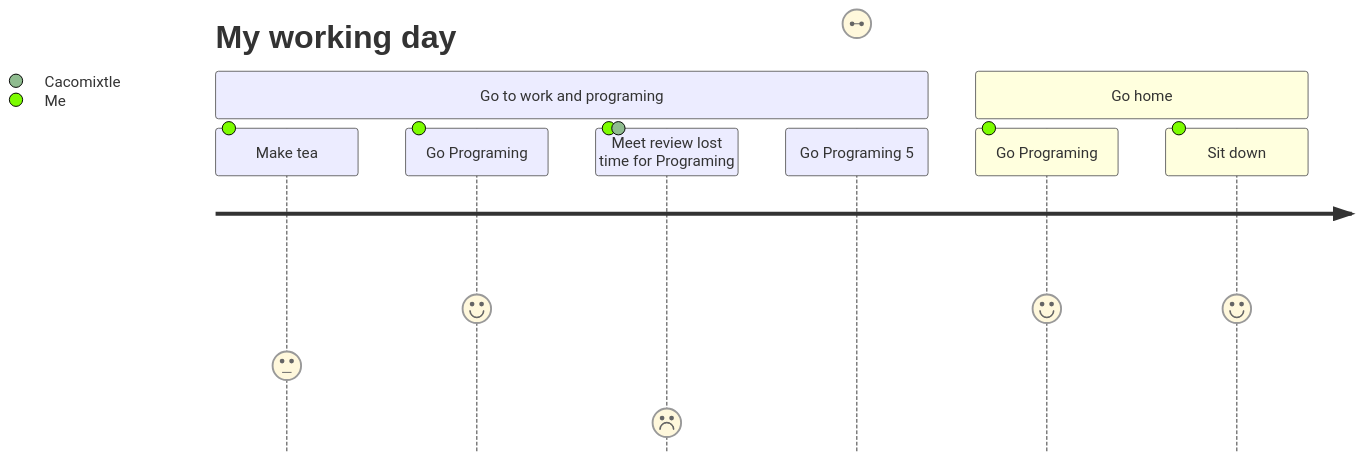
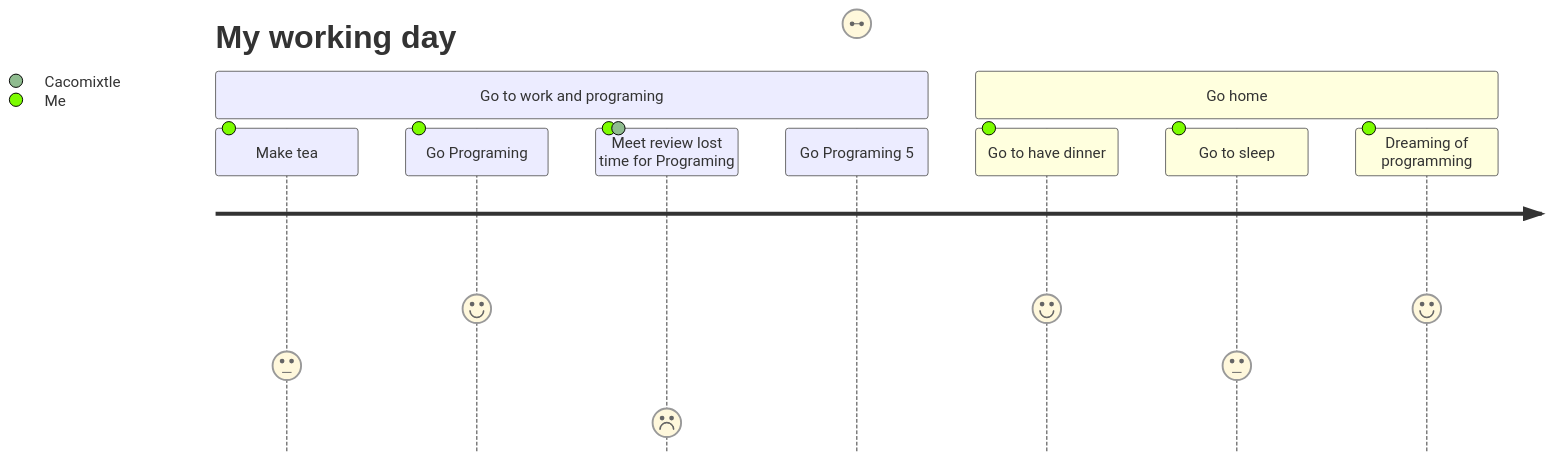
One commit to acmerev/acmerev changed the diagram in README.md. Above: the diagram before and after it, drawn with Mermaid.

````diff
--- a/README.md
+++ b/README.md
@@ -25,13 +25,14 @@
 ```mermaid
 
 journey
     title My working day
     section Go to work and programing 
       Make tea: 3: Me
       Go Programing: 5: Me
       Meet review lost time for Programing: 1: Me, Cacomixtle
       Go Programing 5: Me
     section Go home
-      Go Programing: 5: Me
-      Sit down: 5: Me
+      Go to have dinner: 5: Me
+      Go to sleep: 3: Me
+      Dreaming of programming: 5: Me
 ```
````
